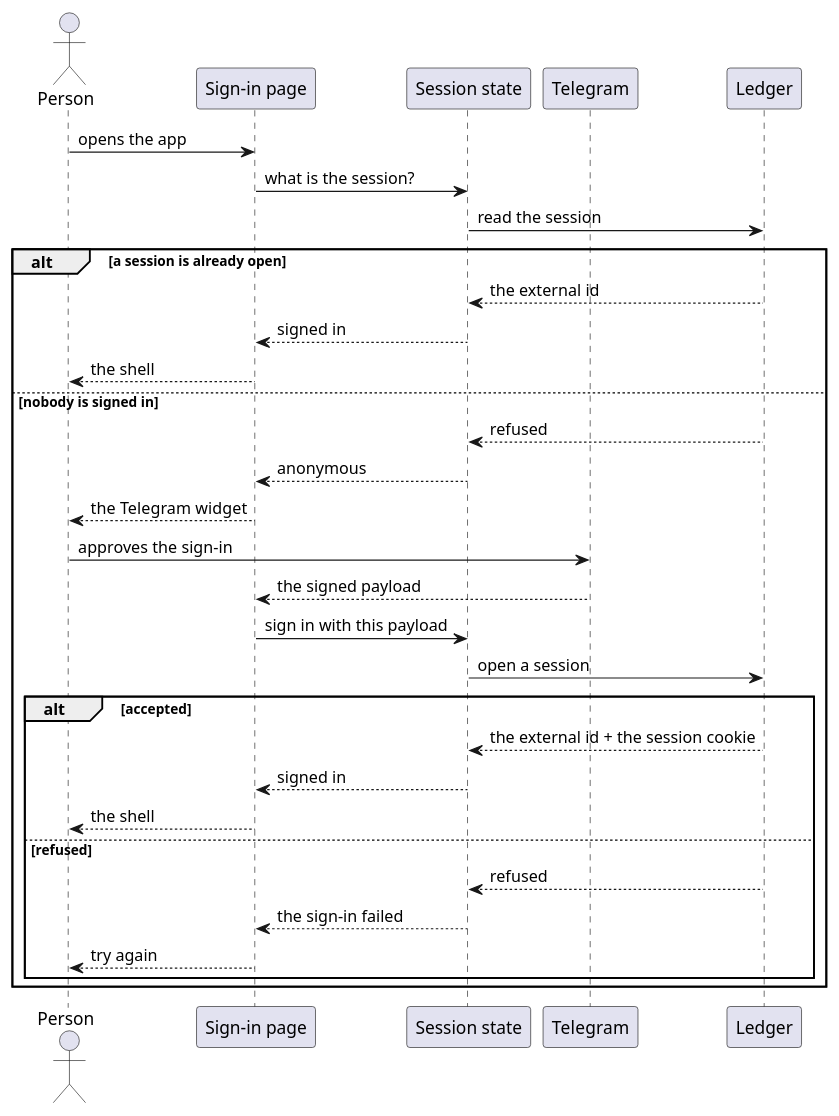
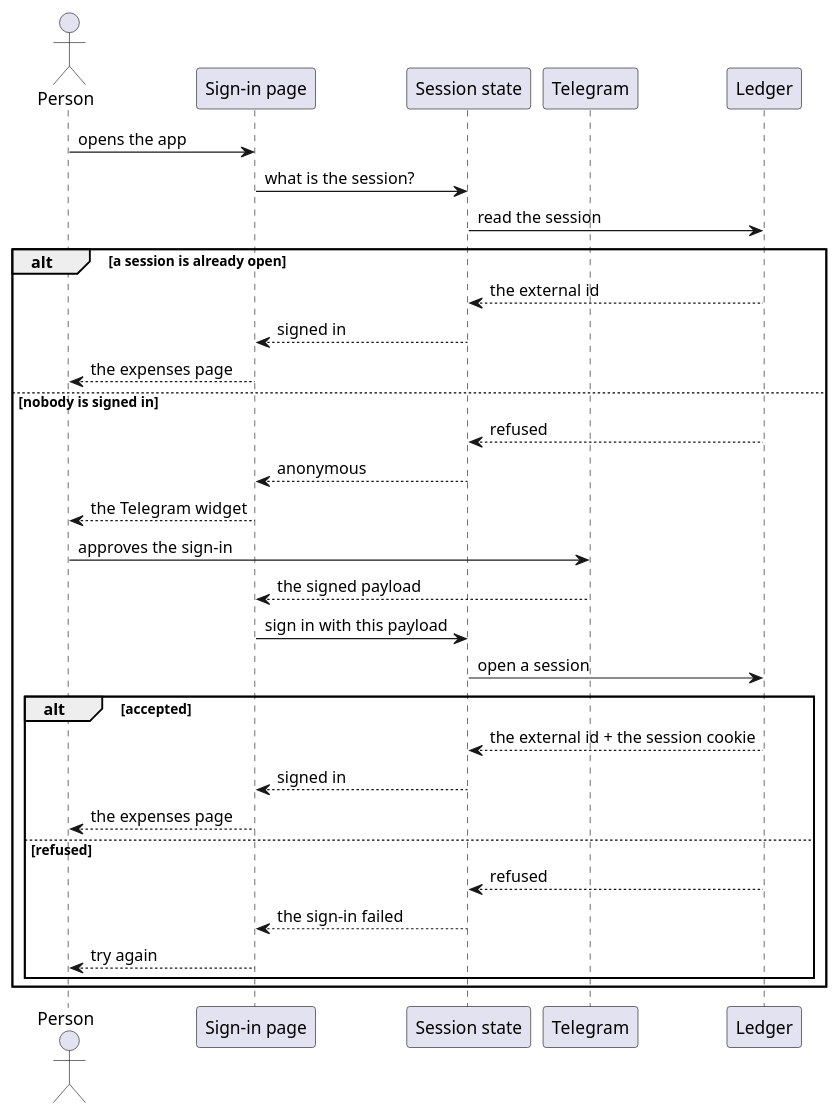
The diagram in web-app/docs/usecases/sign-in-with-telegram.md (ds-usova/finance-bot), drawn with PlantUML before and after one commit. The commit also changed other lines of this file and 16 other files, not shown here.

````diff
--- a/web-app/docs/usecases/sign-in-with-telegram.md
+++ b/web-app/docs/usecases/sign-in-with-telegram.md
@@ -40,38 +41,38 @@
 ```plantuml
 @startuml SignInWithTelegram-Sequence
 actor "Person" as User
 participant "Sign-in page" as Page
 participant "Session state" as Auth
 participant "Telegram" as Telegram
 participant "Ledger" as Ledger
 
 User -> Page : opens the app
 Page -> Auth : what is the session?
 Auth -> Ledger : read the session
 
 alt a session is already open
   Ledger --> Auth : the external id
   Auth --> Page : signed in
-  Page --> User : the shell
+  Page --> User : the expenses page
 else nobody is signed in
   Ledger --> Auth : refused
   Auth --> Page : anonymous
   Page --> User : the Telegram widget
 
   User -> Telegram : approves the sign-in
   Telegram --> Page : the signed payload
   Page -> Auth : sign in with this payload
   Auth -> Ledger : open a session
 
   alt accepted
     Ledger --> Auth : the external id + the session cookie
     Auth --> Page : signed in
-    Page --> User : the shell
+    Page --> User : the expenses page
   else refused
     Ledger --> Auth : refused
     Auth --> Page : the sign-in failed
     Page --> User : try again
   end
 end
 @enduml
 ```
````
